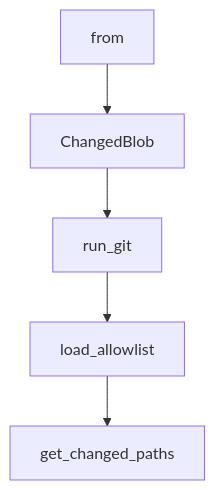
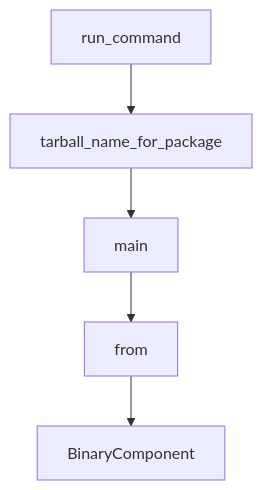
Before and after one commit to johnxie/awesome-code-docs: the diagram in tutorials/codex-cli-tutorial/04-sandbox-approvals-and-mcp-integration.md, drawn with Mermaid. The commit also changed other lines of this file and 1232 other files, not shown here.

````diff
--- a/tutorials/codex-cli-tutorial/04-sandbox-approvals-and-mcp-integration.md
+++ b/tutorials/codex-cli-tutorial/04-sandbox-approvals-and-mcp-integration.md
@@ -212,12 +210,12 @@
 ```mermaid
 flowchart TD
-    A[from]
-    B[ChangedBlob]
-    C[run_git]
-    D[load_allowlist]
-    E[get_changed_paths]
+    A[run_command]
+    B[tarball_name_for_package]
+    C[main]
+    D[from]
+    E[BinaryComponent]
     A --> B
     B --> C
     C --> D
     D --> E
 ```
````
